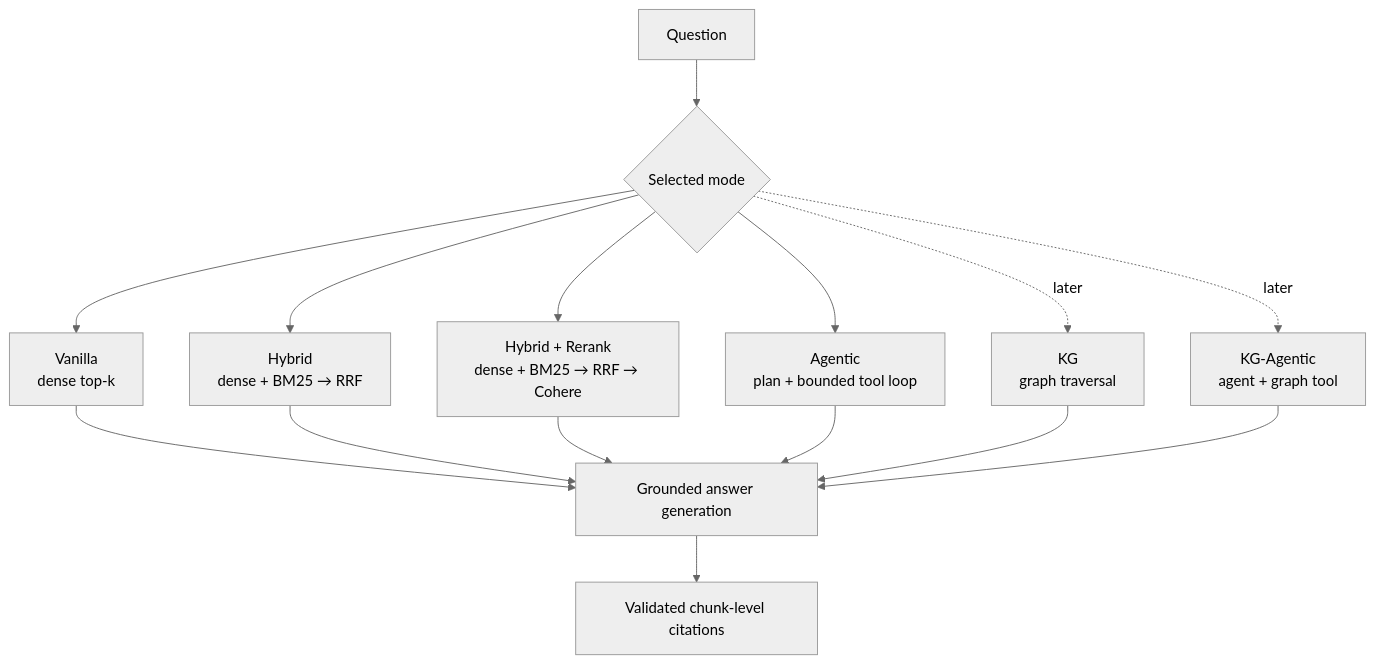
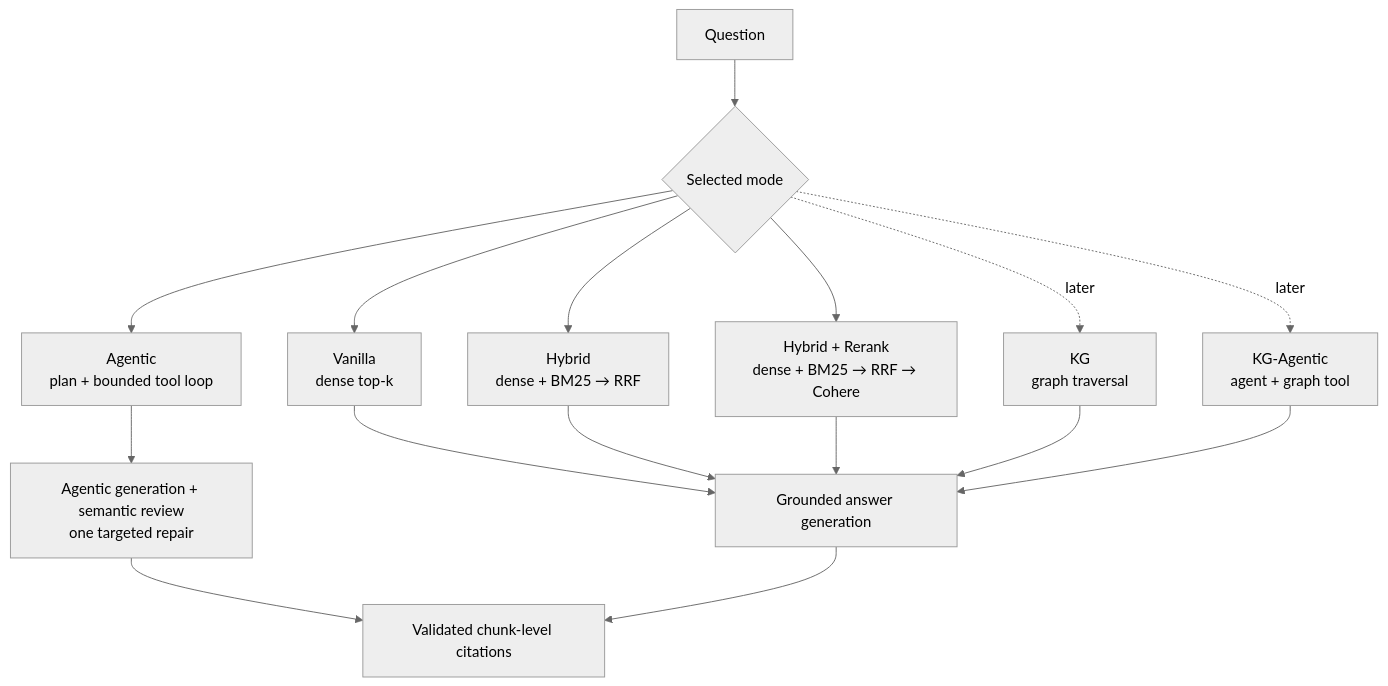
The diagram in docs/architecture/rag-modes.md (pdemeulenaer/rag-demo), drawn with Mermaid (neutral theme) before and after one commit. The commit also changed other lines of this file and 87 other files, not shown here.

````diff
--- a/docs/architecture/rag-modes.md
+++ b/docs/architecture/rag-modes.md
@@ -23,17 +25,18 @@
 ```mermaid
 flowchart TB
     Q[Question] --> M{Selected mode}
     M --> V[Vanilla<br/>dense top-k]
     M --> H[Hybrid<br/>dense + BM25 → RRF]
     M --> HR[Hybrid + Rerank<br/>dense + BM25 → RRF → Cohere]
     M --> A[Agentic<br/>plan + bounded tool loop]
     M -. later .-> K[KG<br/>graph traversal]
     M -. later .-> KA[KG-Agentic<br/>agent + graph tool]
     V --> G[Grounded answer generation]
     H --> G
     HR --> G
-    A --> G
+    A --> AG[Agentic generation + semantic review<br/>one targeted repair]
+    AG --> C
     K --> G
     KA --> G
     G --> C[Validated chunk-level citations]
 ```
````
